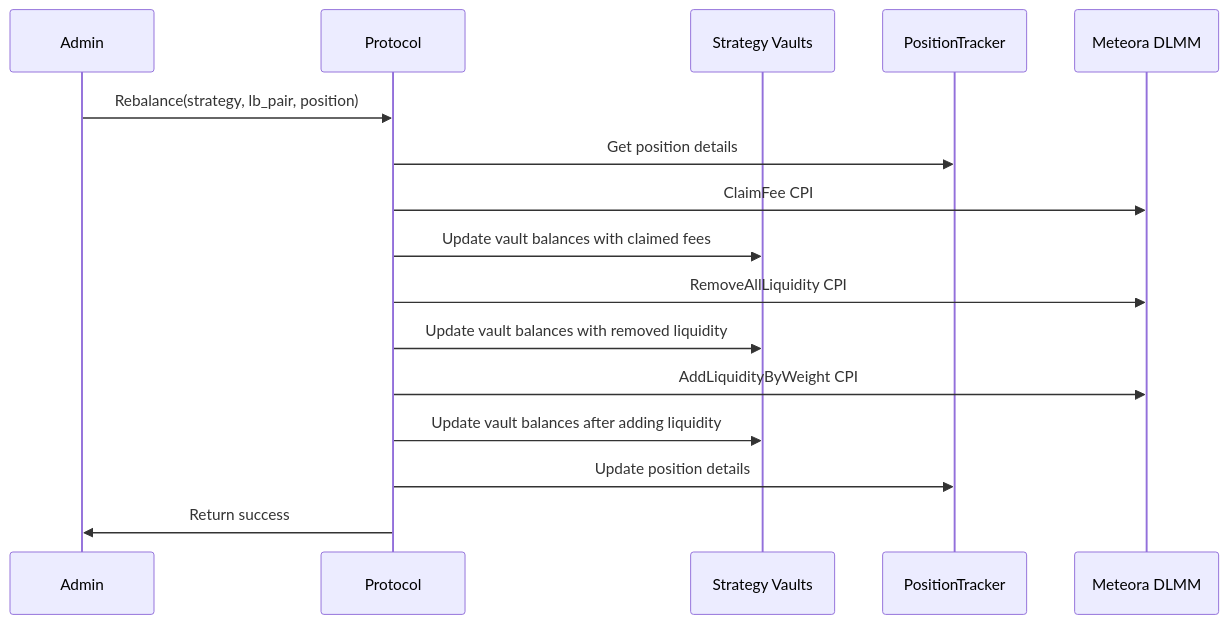
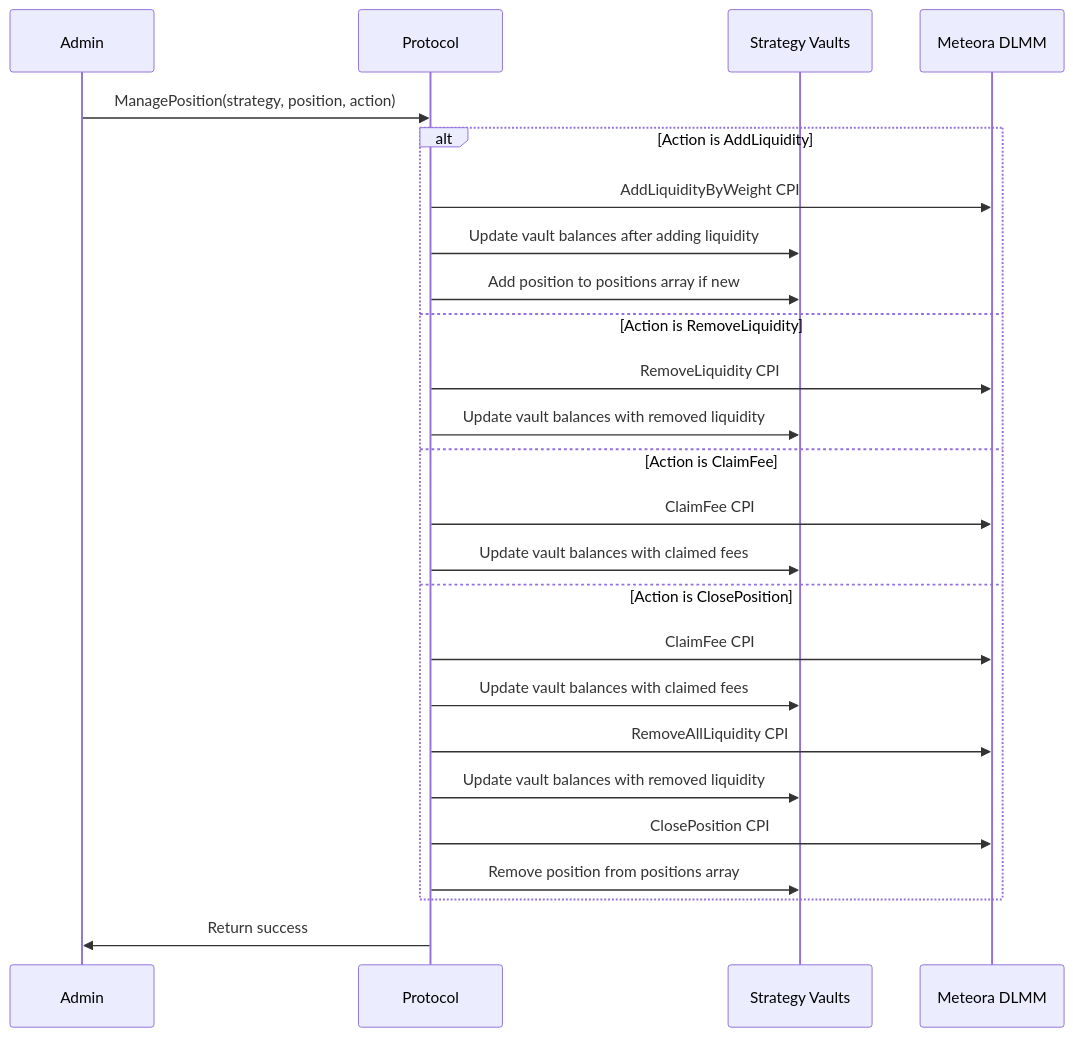
Before and after one commit to zenith-trade/maiker-contracts: the fifth of 8 diagrams in docs/DIAGRAMS.md, drawn with Mermaid. The commit also changed other lines of this file and 26 other files, not shown here.

````diff
--- a/docs/DIAGRAMS.md
+++ b/docs/DIAGRAMS.md
@@ -112,18 +108,27 @@
 ```mermaid
 sequenceDiagram
 participant Admin
 participant Protocol
 participant Strategy as Strategy Vaults
-participant PositionTracker
 participant MeteoraDLMM as Meteora DLMM
-Admin->>Protocol: Rebalance(strategy, lb_pair, position)
-Protocol->>PositionTracker: Get position details
+Admin->>Protocol: ManagePosition(strategy, position, action)
+alt Action is AddLiquidity
+Protocol->>MeteoraDLMM: AddLiquidityByWeight CPI
+Protocol->>Strategy: Update vault balances after adding liquidity
+Protocol->>Strategy: Add position to positions array if new
+else Action is RemoveLiquidity
+Protocol->>MeteoraDLMM: RemoveLiquidity CPI
+Protocol->>Strategy: Update vault balances with removed liquidity
+else Action is ClaimFee
+Protocol->>MeteoraDLMM: ClaimFee CPI
+Protocol->>Strategy: Update vault balances with claimed fees
+else Action is ClosePosition
 Protocol->>MeteoraDLMM: ClaimFee CPI
 Protocol->>Strategy: Update vault balances with claimed fees
 Protocol->>MeteoraDLMM: RemoveAllLiquidity CPI
 Protocol->>Strategy: Update vault balances with removed liquidity
-Protocol->>MeteoraDLMM: AddLiquidityByWeight CPI
-Protocol->>Strategy: Update vault balances after adding liquidity
-Protocol->>PositionTracker: Update position details
+Protocol->>MeteoraDLMM: ClosePosition CPI
+Protocol->>Strategy: Remove position from positions array
+end
 Protocol->>Admin: Return success
 ```
````
